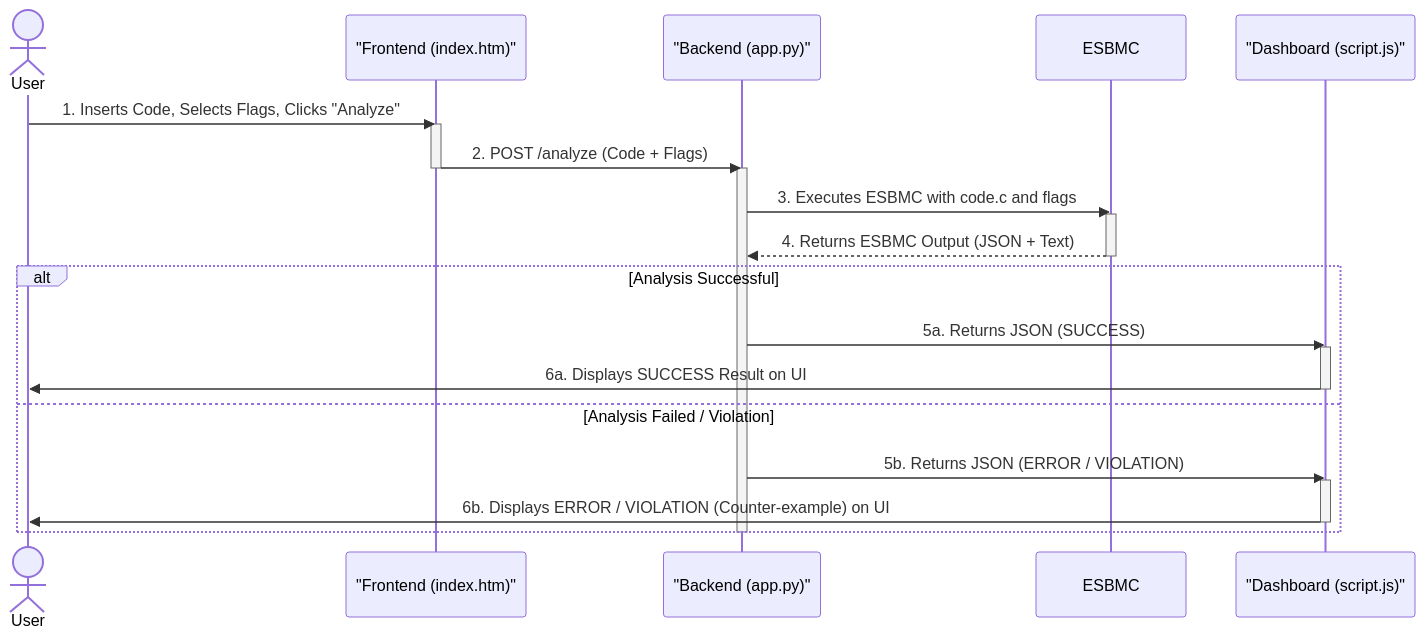
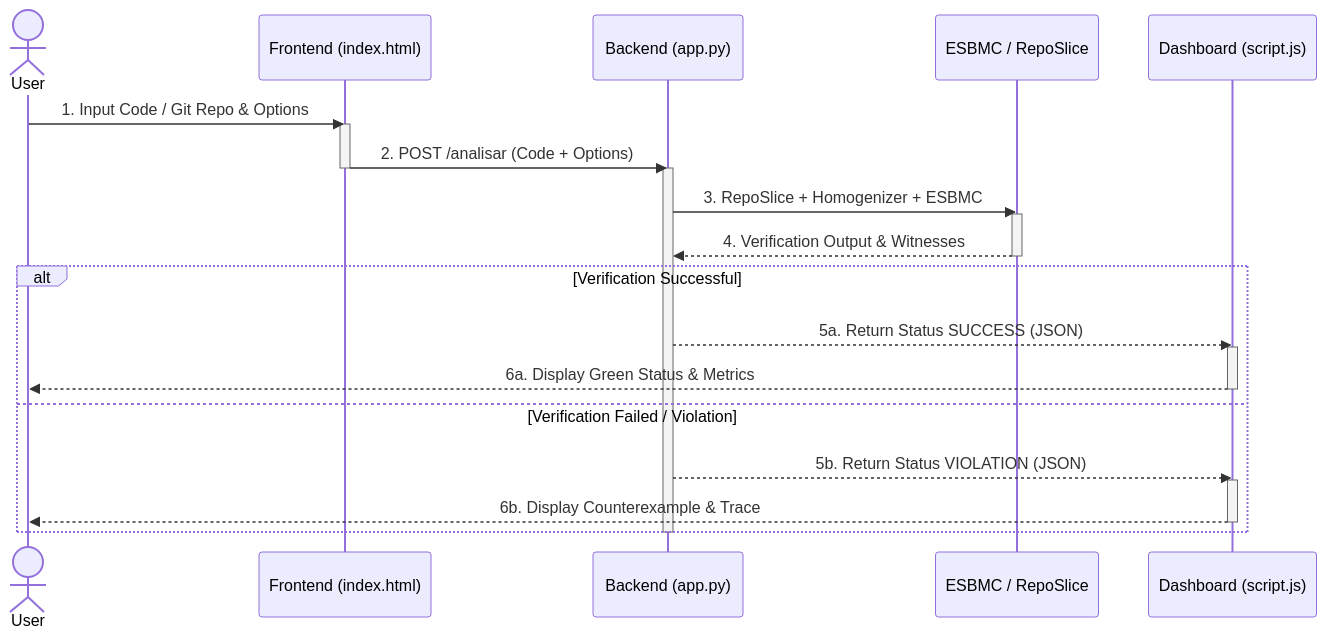
The second of 2 diagrams in README.md (esbmc/esbmc-web), drawn with Mermaid before and after one commit. The commit also changed other lines of this file, not shown here.

````diff
--- a/README.md
+++ b/README.md
@@ -51,31 +82,31 @@
 ```mermaid
 sequenceDiagram
-    actor User
-    participant Frontend as "Frontend (index.htm)"
-    participant Backend_App as "Backend (app.py)"
-    participant ESBMC as ESBMC
-    participant Dashboard as "Dashboard (script.js)"
+    actor User as User
+    participant Frontend as Frontend (index.html)
+    participant Backend as Backend (app.py)
+    participant Engine as ESBMC / RepoSlice
+    participant Dashboard as Dashboard (script.js)
 
-    User->>Frontend: 1. Inserts Code, Selects Flags, Clicks "Analyze"
+    User->>Frontend: 1. Input Code / Git Repo & Options
     activate Frontend
-    Frontend->>Backend_App: 2. POST /analyze (Code + Flags)
+    Frontend->>Backend: 2. POST /analisar (Code + Options)
     deactivate Frontend
-    activate Backend_App
-    Backend_App->>ESBMC: 3. Executes ESBMC with code.c and flags
-    activate ESBMC
-    ESBMC-->>Backend_App: 4. Returns ESBMC Output (JSON + Text)
-    deactivate ESBMC
+    activate Backend
+    Backend->>Engine: 3. RepoSlice + Homogenizer + ESBMC
+    activate Engine
+    Engine-->>Backend: 4. Verification Output & Witnesses
+    deactivate Engine
 
-    alt Analysis Successful
-        Backend_App->>Dashboard: 5a. Returns JSON (SUCCESS)
+    alt Verification Successful
+        Backend-->>Dashboard: 5a. Return Status SUCCESS (JSON)
         activate Dashboard
-        Dashboard->>User: 6a. Displays SUCCESS Result on UI
+        Dashboard-->>User: 6a. Display Green Status & Metrics
         deactivate Dashboard
-    else Analysis Failed / Violation
-        Backend_App->>Dashboard: 5b. Returns JSON (ERROR / VIOLATION)
+    else Verification Failed / Violation
+        Backend-->>Dashboard: 5b. Return Status VIOLATION (JSON)
         activate Dashboard
-        Dashboard->>User: 6b. Displays ERROR / VIOLATION (Counter-example) on UI
+        Dashboard-->>User: 6b. Display Counterexample & Trace
         deactivate Dashboard
     end
-    deactivate Backend_App
+    deactivate Backend
 ```
````
